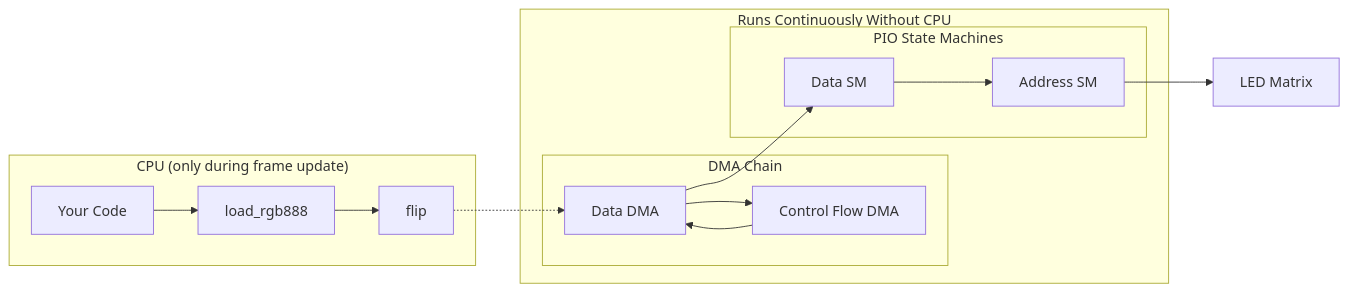
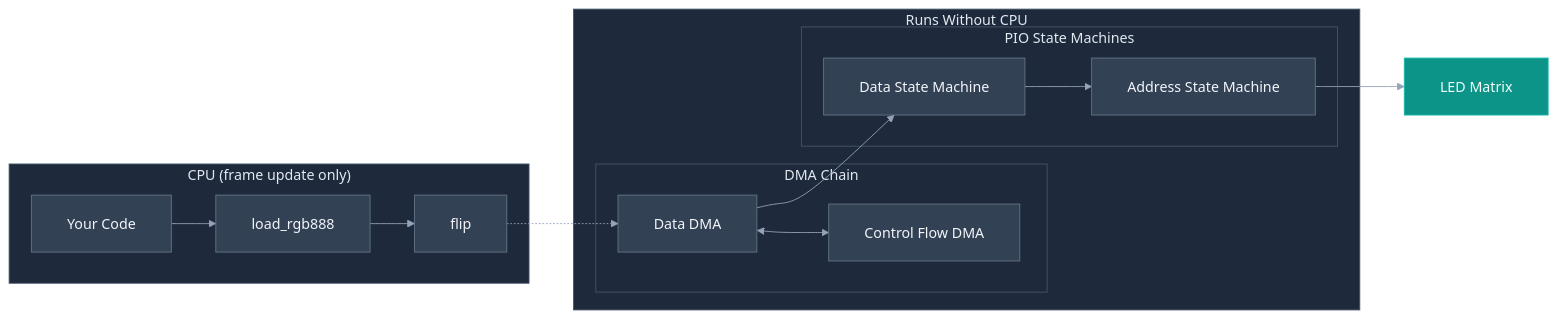
The diagram in README.md (dgrantpete/Pi-Pico-Hub75-Driver), drawn with Mermaid before and after one commit.

Commit message:
Update flowchart formatting

````diff
--- a/README.md
+++ b/README.md
@@ -168,23 +168,50 @@
 ```mermaid
+%%{init: {
+  'theme': 'base',
+  'themeVariables': {
+    'primaryColor': '#334155',
+    'primaryTextColor': '#f1f5f9',
+    'primaryBorderColor': '#64748b',
+    'lineColor': '#94a3b8',
+    'secondaryColor': '#1e293b',
+    'tertiaryColor': '#0f172a',
+    'background': '#0f172a',
+    'mainBkg': '#1e293b',
+    'nodeBorder': '#475569',
+    'clusterBkg': '#1e293b',
+    'clusterBorder': '#475569',
+    'titleColor': '#e2e8f0',
+    'edgeLabelBackground': '#1e293b'
+  },
+  'flowchart': {
+    'curve': 'basis',
+    'padding': 20
+  }
+}}%%
+
 flowchart LR
-    subgraph CPU ["CPU (only during frame update)"]
+    subgraph CPU ["CPU (frame update only)"]
         A[Your Code] --> B[load_rgb888]
         B --> C[flip]
     end
 
-    subgraph AUTO ["Runs Continuously Without CPU"]
+    subgraph AUTO ["Runs Without CPU"]
         subgraph DMA ["DMA Chain"]
-            D[Data DMA] --> E[Control Flow DMA]
-            E --> D
+            D[Data DMA] <--> E[Control Flow DMA]
         end
 
         subgraph PIO ["PIO State Machines"]
-            F[Data SM] --> G[Address SM]
+            F[Data State Machine] --> G[Address State Machine]
         end
 
         D --> F
     end
 
     C -.-> D
     G --> H[LED Matrix]
+
+    classDef default fill:#334155,stroke:#64748b,color:#f1f5f9
+    classDef external fill:#0d9488,stroke:#14b8a6,color:#f0fdfa
+    
+    class H external
 ```
````
